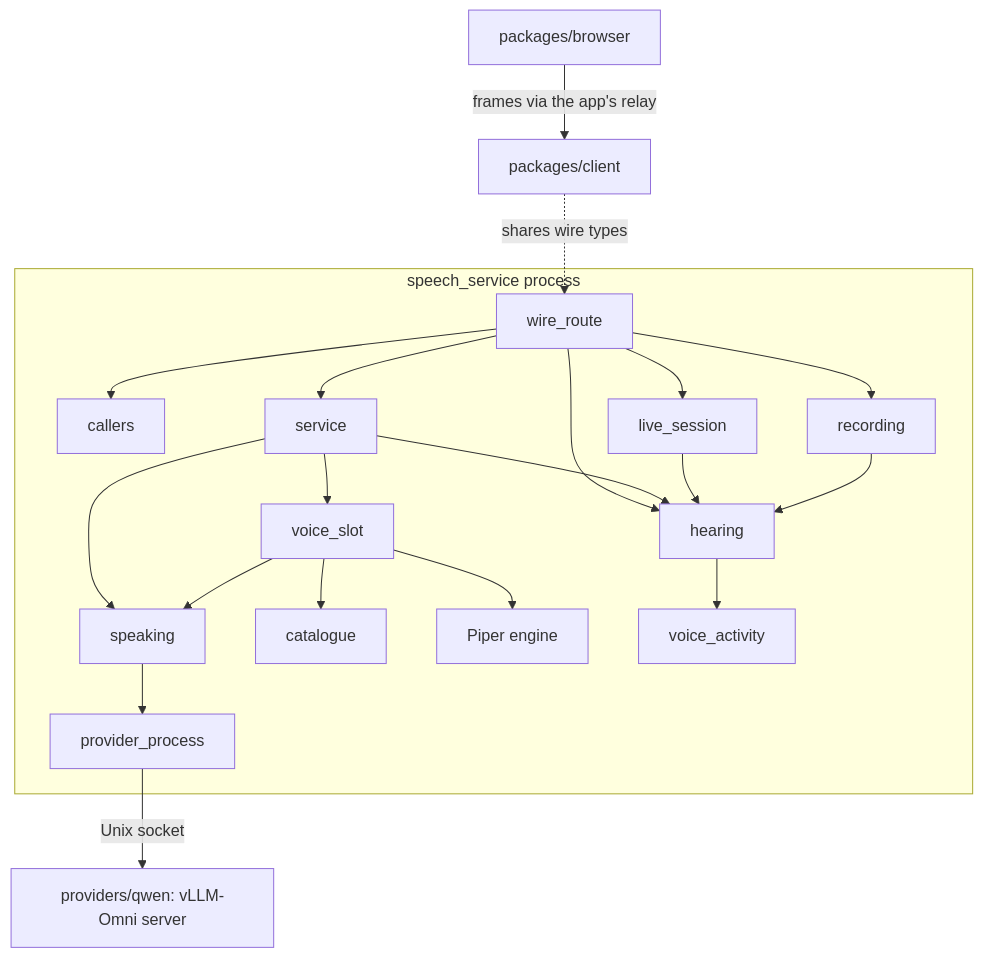
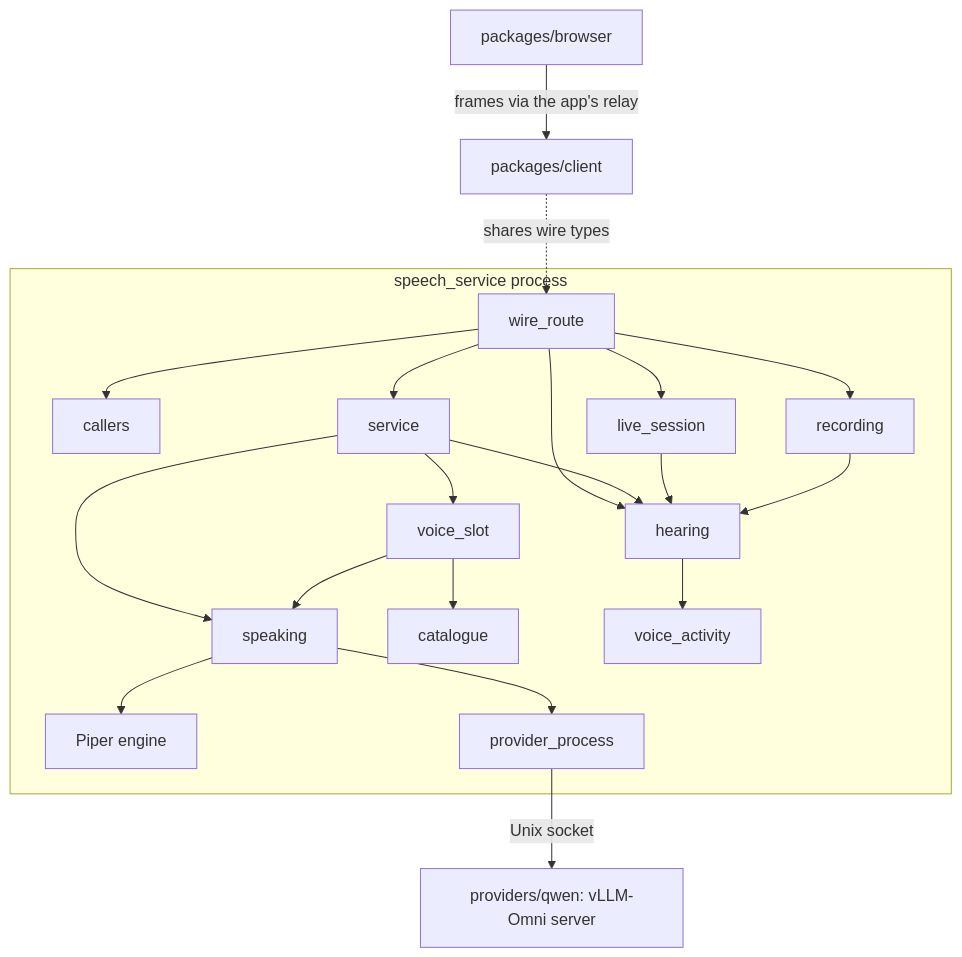
One commit to overnightworks/speech changed the second of 3 diagrams in docs/ARCHITECTURE.md. Above: the diagram before and after it, drawn with Mermaid.

Commit message:
The building-block diagram draws the Piper engine under speaking, which imports it

````diff
--- a/docs/ARCHITECTURE.md
+++ b/docs/ARCHITECTURE.md
@@ -24,13 +24,13 @@
 ```mermaid
 flowchart TB
     subgraph process[speech_service process]
         wire_route --> callers & hearing & live_session & recording & service
         service --> voice_slot & hearing & speaking
-        voice_slot --> catalogue & piper[Piper engine] & speaking
-        speaking --> provider_process
+        voice_slot --> catalogue & speaking
+        speaking --> piper[Piper engine] & provider_process
         live_session & recording --> hearing --> voice_activity
     end
     provider_process -->|Unix socket| qwen["providers/qwen: vLLM-Omni server"]
     client["packages/client"] -. shares wire types .-> wire_route
     browser["packages/browser"] -->|frames via the app's relay| client
 ```
````
